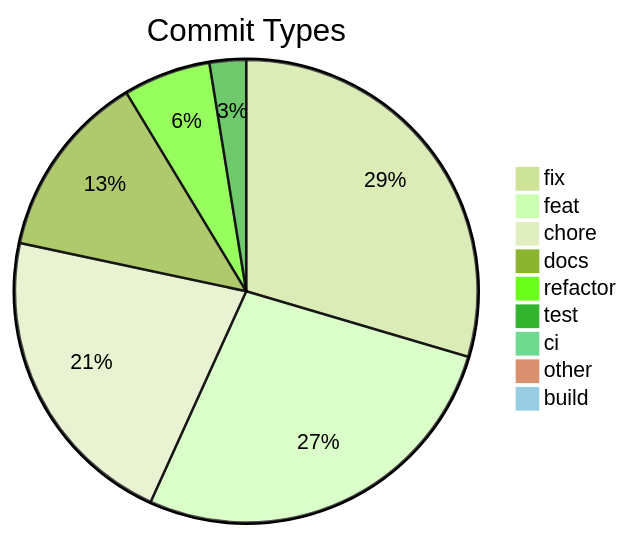
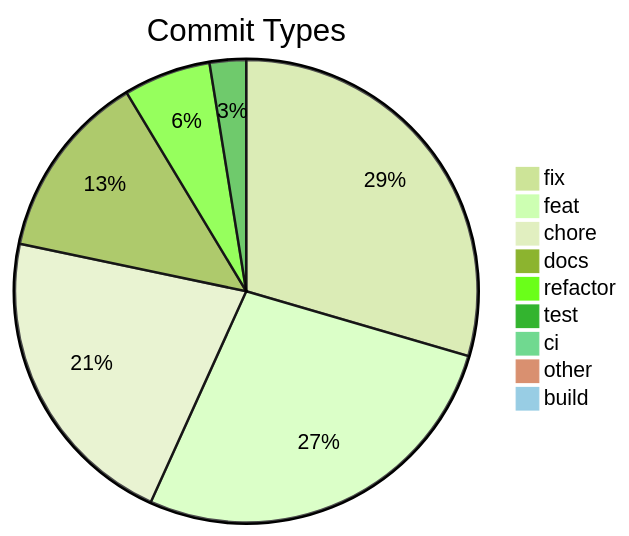
The diagram in .shipwright/compliance/change-history.md (svenroth-ai/shipwright), drawn with Mermaid (forest theme) before and after one commit. The commit also changed other lines of this file and 21 other files, not shown here.

````diff
--- a/.shipwright/compliance/change-history.md
+++ b/.shipwright/compliance/change-history.md
@@ -8,12 +8,12 @@
 ```mermaid
 pie title Commit Types
     "fix" : 325
-    "feat" : 299
+    "feat" : 300
     "chore" : 237
-    "docs" : 143
+    "docs" : 144
     "refactor" : 67
     "test" : 28
     "ci" : 11
     "other" : 7
     "build" : 1
 ```
````
